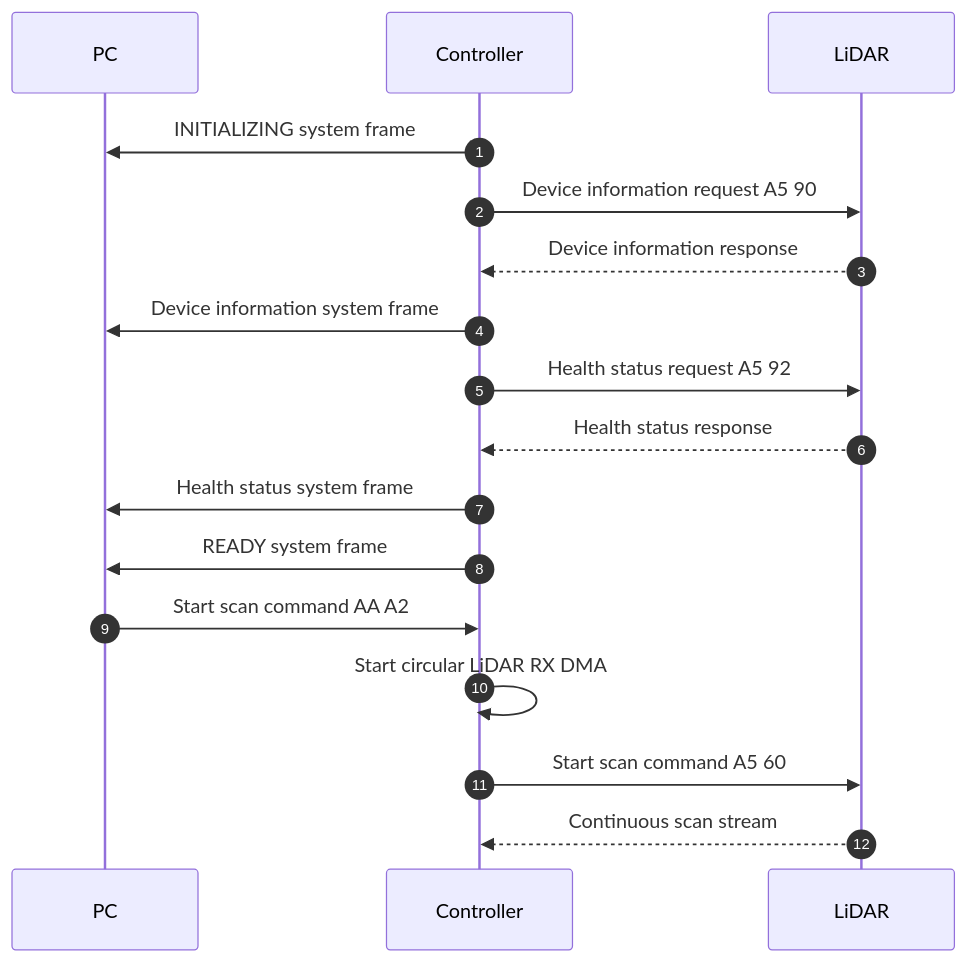
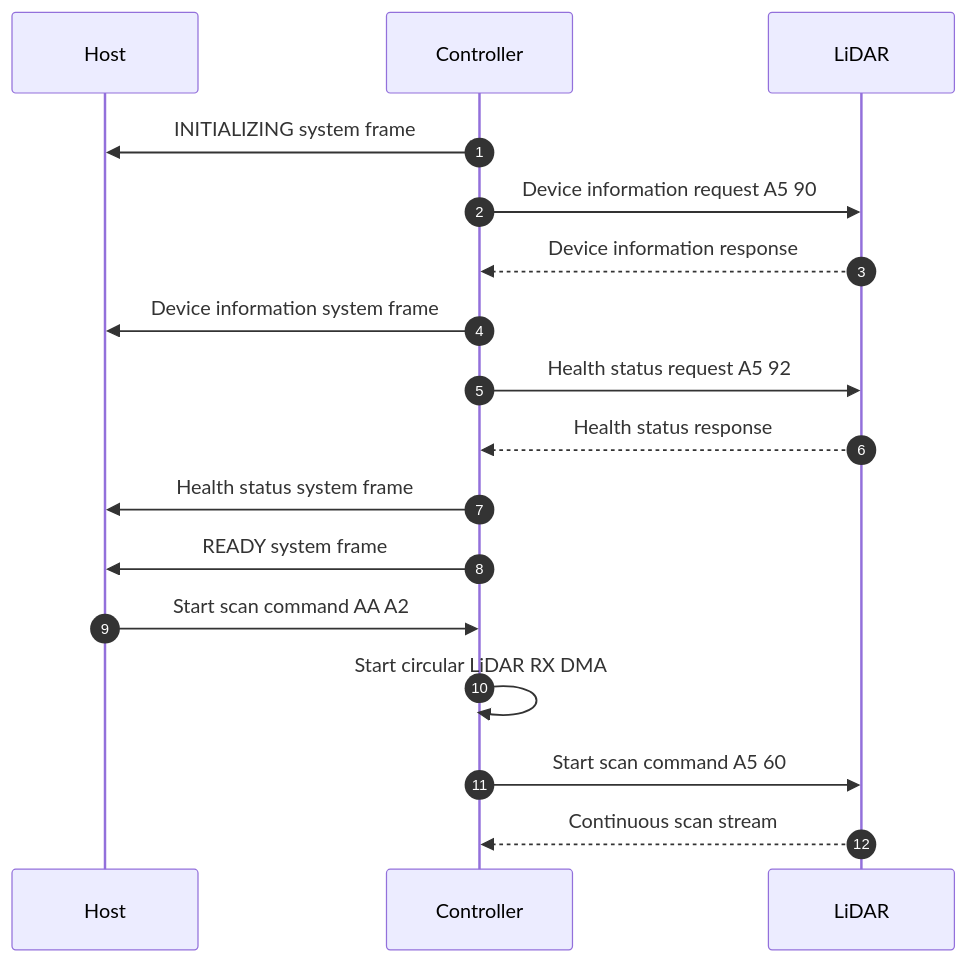
Before and after one commit to kei185/sensor-echo: the first of 2 diagrams in docs/frame.md, drawn with Mermaid. The commit also changed other lines of this file and 6 other files, not shown here.

````diff
--- a/docs/frame.md
+++ b/docs/frame.md
@@ -6,20 +6,20 @@
 ```mermaid
 sequenceDiagram
     autonumber
-    participant PC
+    participant Host
     participant Controller
     participant LiDAR
 
-    Controller->>PC: INITIALIZING system frame
+    Controller->>Host: INITIALIZING system frame
     Controller->>LiDAR: Device information request A5 90
     LiDAR-->>Controller: Device information response
-    Controller->>PC: Device information system frame
+    Controller->>Host: Device information system frame
     Controller->>LiDAR: Health status request A5 92
     LiDAR-->>Controller: Health status response
-    Controller->>PC: Health status system frame
-    Controller->>PC: READY system frame
-    PC->>Controller: Start scan command AA A2
+    Controller->>Host: Health status system frame
+    Controller->>Host: READY system frame
+    Host->>Controller: Start scan command AA A2
     Controller->>Controller: Start circular LiDAR RX DMA
     Controller->>LiDAR: Start scan command A5 60
     LiDAR-->>Controller: Continuous scan stream
 ```
````
